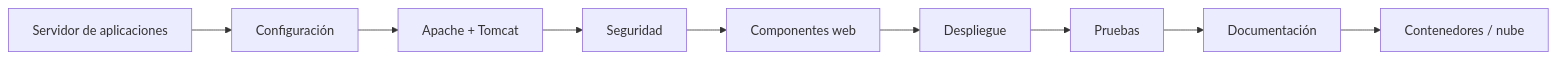
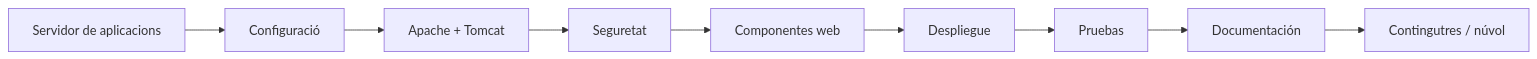
Before and after one commit to jordicido/jordicina: diagram 12 of 12 in docs/daw-daw/up3/09-virtualizacion-contenedores-nube.md, drawn with Mermaid. The commit also changed other lines of this file and 10 other files, not shown here.

````diff
--- a/docs/daw-daw/up3/09-virtualizacion-contenedores-nube.md
+++ b/docs/daw-daw/up3/09-virtualizacion-contenedores-nube.md
@@ -607,11 +607,11 @@
 ```mermaid
 flowchart LR
-    A["Servidor de aplicaciones"] --> B["Configuración"]
+    A["Servidor de aplicacions"] --> B["Configuració"]
     B --> C["Apache + Tomcat"]
-    C --> D["Seguridad"]
+    C --> D["Seguretat"]
     D --> E["Componentes web"]
     E --> F["Despliegue"]
     F --> G["Pruebas"]
     G --> H["Documentación"]
-    H --> I["Contenedores / nube"]
+    H --> I["Contingutres / núvol"]
 ```
````
